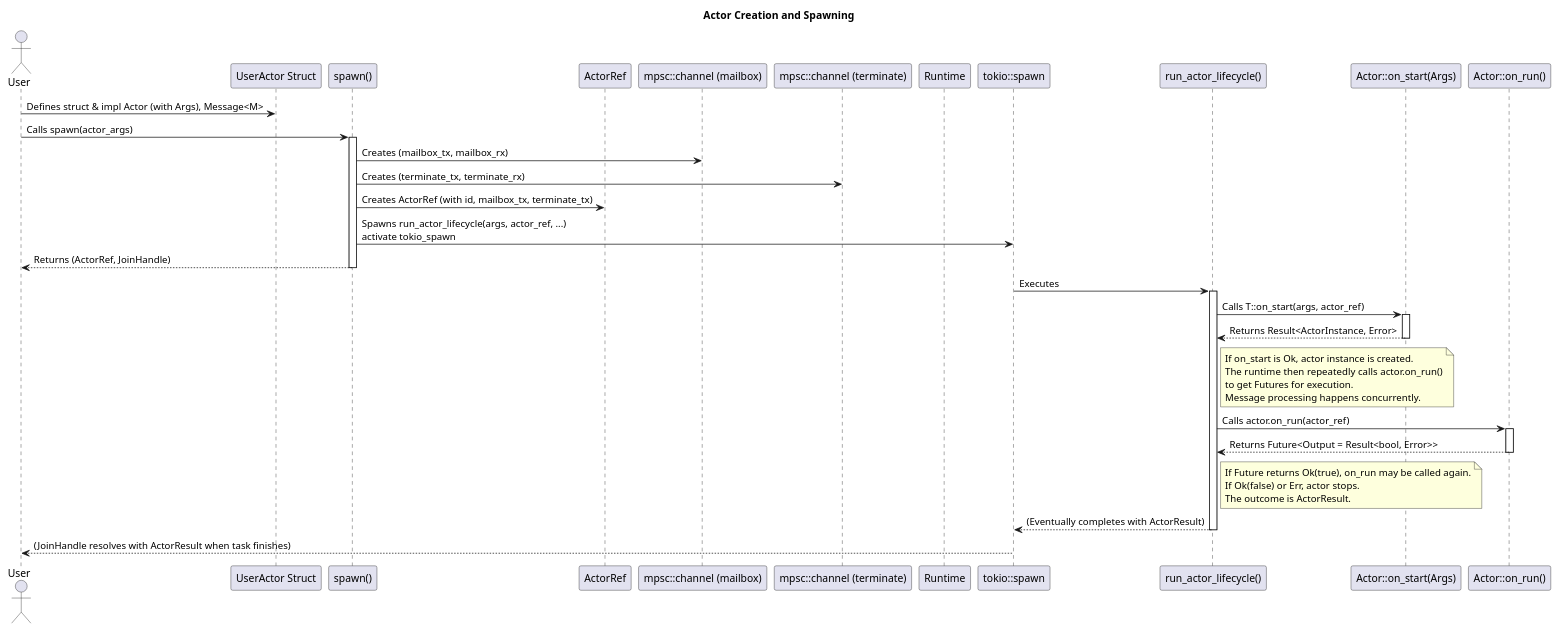
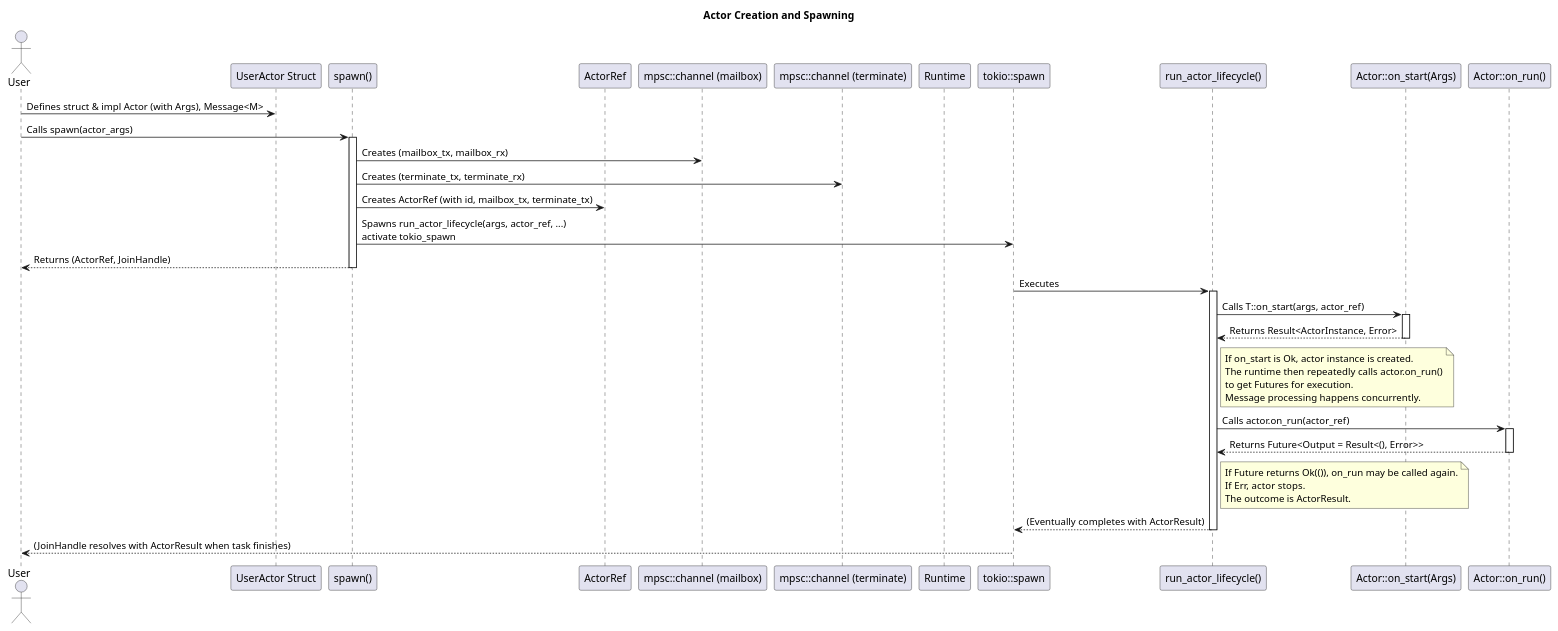
One commit to hiking90/rsactor changed the diagram in docs/creation.puml. Above: the diagram before and after it, drawn with PlantUML. The commit also changed 6 other files, not shown here.

```diff
--- a/docs/creation.puml
+++ b/docs/creation.puml
@@ -1,55 +1,55 @@
 @startuml Actor Creation and Spawning
 title Actor Creation and Spawning
 
 actor User
 participant "UserActor Struct" as UserActor
 participant "spawn()" as spawn_func
 participant "ActorRef" as ActorRef_type
 participant "mpsc::channel (mailbox)" as MailboxChannel
 participant "mpsc::channel (terminate)" as TerminateChannel
 participant "Runtime" as Runtime_type
 participant "tokio::spawn" as tokio_spawn
 participant "run_actor_lifecycle()" as run_lifecycle
 participant "Actor::on_start(Args)" as on_start_method
 participant "Actor::on_run()" as on_run_method
 
 User -> UserActor: Defines struct & impl Actor (with Args), Message<M>
 User -> spawn_func: Calls spawn(actor_args)
 activate spawn_func
 
 spawn_func -> MailboxChannel: Creates (mailbox_tx, mailbox_rx)
 spawn_func -> TerminateChannel: Creates (terminate_tx, terminate_rx)
 spawn_func -> ActorRef_type: Creates ActorRef (with id, mailbox_tx, terminate_tx)
 spawn_func -> tokio_spawn: Spawns run_actor_lifecycle(args, actor_ref, ...)\nactivate tokio_spawn
 spawn_func --> User: Returns (ActorRef, JoinHandle)
 deactivate spawn_func
 
 tokio_spawn -> run_lifecycle: Executes
 activate run_lifecycle
 run_lifecycle -> on_start_method: Calls T::on_start(args, actor_ref)
 activate on_start_method
 on_start_method --> run_lifecycle: Returns Result<ActorInstance, Error>
 deactivate on_start_method
 
 note right of run_lifecycle
   If on_start is Ok, actor instance is created.
   The runtime then repeatedly calls actor.on_run()
   to get Futures for execution.
   Message processing happens concurrently.
 end note
 run_lifecycle -> on_run_method: Calls actor.on_run(actor_ref)
 activate on_run_method
-on_run_method --> run_lifecycle: Returns Future<Output = Result<bool, Error>>
+on_run_method --> run_lifecycle: Returns Future<Output = Result<(), Error>>
 deactivate on_run_method
 note right of run_lifecycle
-  If Future returns Ok(true), on_run may be called again.
-  If Ok(false) or Err, actor stops.
+  If Future returns Ok(()), on_run may be called again.
+  If Err, actor stops.
   The outcome is ActorResult.
 end note
 
 run_lifecycle --> tokio_spawn: (Eventually completes with ActorResult)
 deactivate run_lifecycle
 tokio_spawn --> User: (JoinHandle resolves with ActorResult when task finishes)
 deactivate tokio_spawn
 
 @enduml
```
